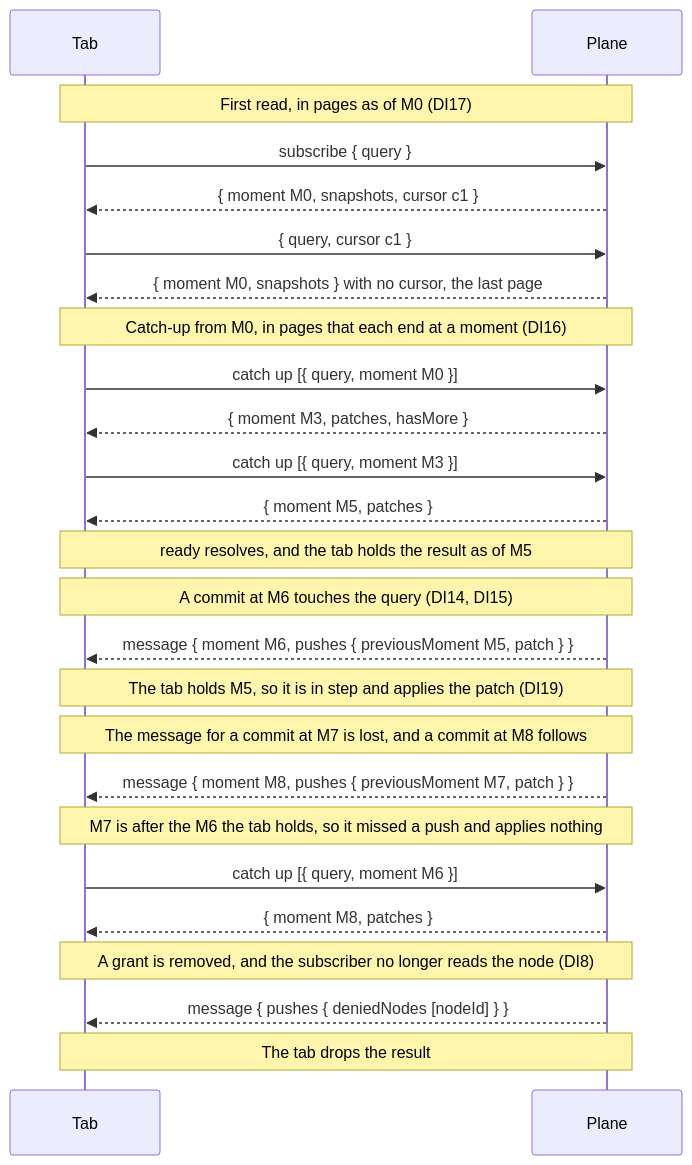
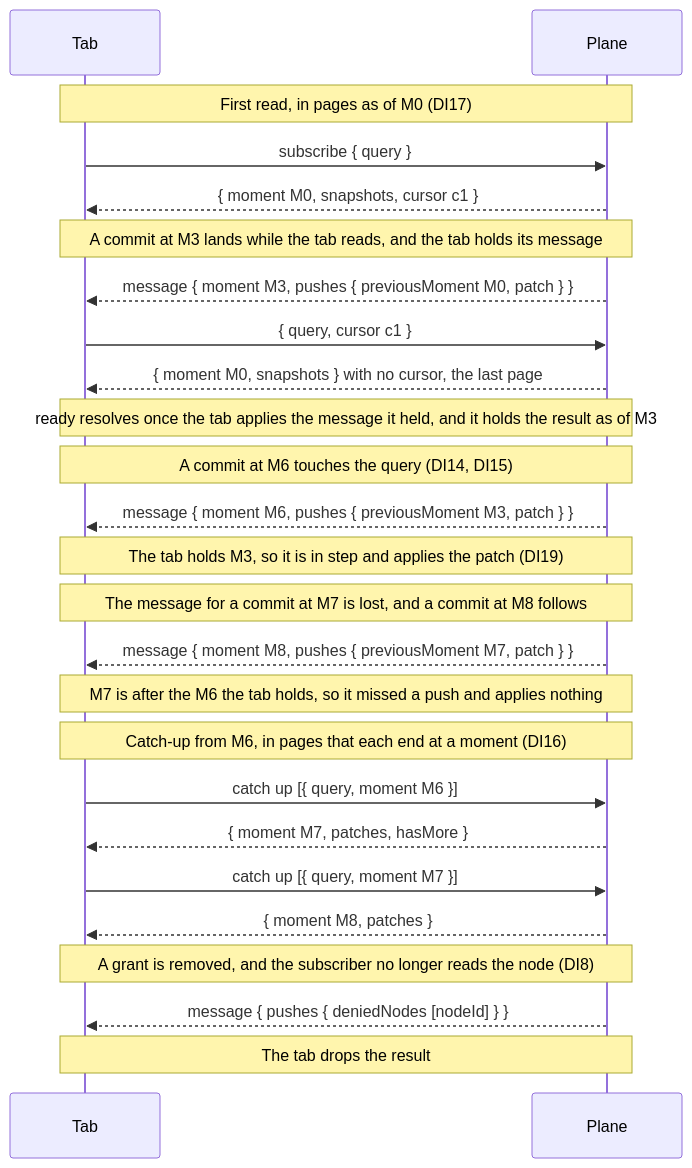
The diagram in tasks/nebula-query-upgrade.md (lumenize/lumenize), drawn with Mermaid before and after one commit. The commit also changed other lines of this file, not shown here.

Commit message:
tasks: query-upgrade's first read is followed by no catch-up: the tab applies the messages it held (D32)

````diff
--- a/tasks/nebula-query-upgrade.md
+++ b/tasks/nebula-query-upgrade.md
@@ -149,27 +149,27 @@
 ```mermaid
 sequenceDiagram
   participant T as Tab
   participant P as Plane
   Note over T,P: First read, in pages as of M0 (DI17)
   T->>P: subscribe { query }
   P-->>T: { moment M0, snapshots, cursor c1 }
+  Note over T,P: A commit at M3 lands while the tab reads, and the tab holds its message
+  P-->>T: message { moment M3, pushes { previousMoment M0, patch } }
   T->>P: { query, cursor c1 }
   P-->>T: { moment M0, snapshots } with no cursor, the last page
-  Note over T,P: Catch-up from M0, in pages that each end at a moment (DI16)
-  T->>P: catch up [{ query, moment M0 }]
-  P-->>T: { moment M3, patches, hasMore }
-  T->>P: catch up [{ query, moment M3 }]
-  P-->>T: { moment M5, patches }
-  Note over T,P: ready resolves, and the tab holds the result as of M5
+  Note over T,P: ready resolves once the tab applies the message it held, and it holds the result as of M3
   Note over T,P: A commit at M6 touches the query (DI14, DI15)
-  P-->>T: message { moment M6, pushes { previousMoment M5, patch } }
-  Note over T,P: The tab holds M5, so it is in step and applies the patch (DI19)
+  P-->>T: message { moment M6, pushes { previousMoment M3, patch } }
+  Note over T,P: The tab holds M3, so it is in step and applies the patch (DI19)
   Note over T,P: The message for a commit at M7 is lost, and a commit at M8 follows
   P-->>T: message { moment M8, pushes { previousMoment M7, patch } }
   Note over T,P: M7 is after the M6 the tab holds, so it missed a push and applies nothing
+  Note over T,P: Catch-up from M6, in pages that each end at a moment (DI16)
   T->>P: catch up [{ query, moment M6 }]
+  P-->>T: { moment M7, patches, hasMore }
+  T->>P: catch up [{ query, moment M7 }]
   P-->>T: { moment M8, patches }
   Note over T,P: A grant is removed, and the subscriber no longer reads the node (DI8)
   P-->>T: message { pushes { deniedNodes [nodeId] } }
   Note over T,P: The tab drops the result
 ```
````
